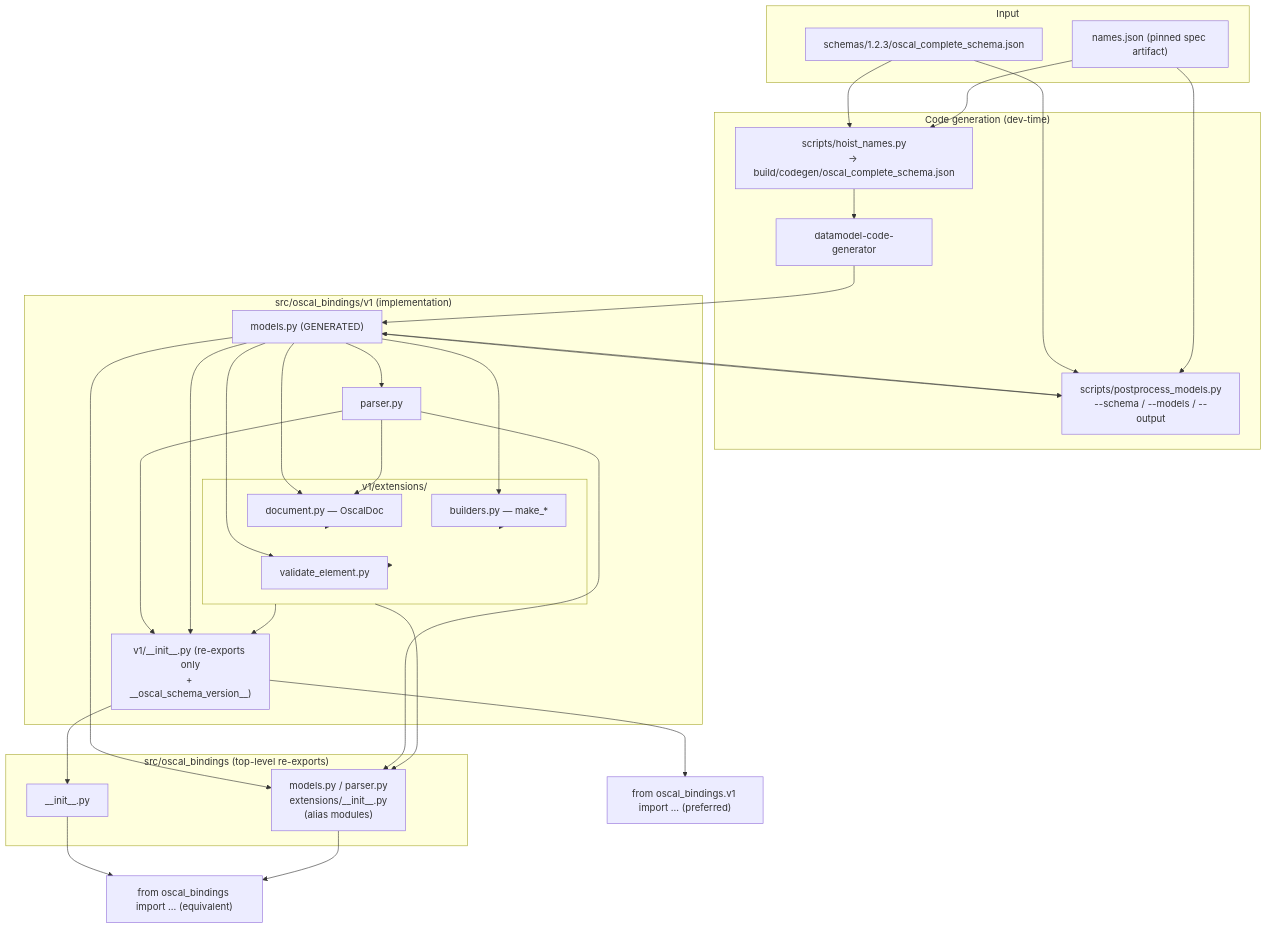
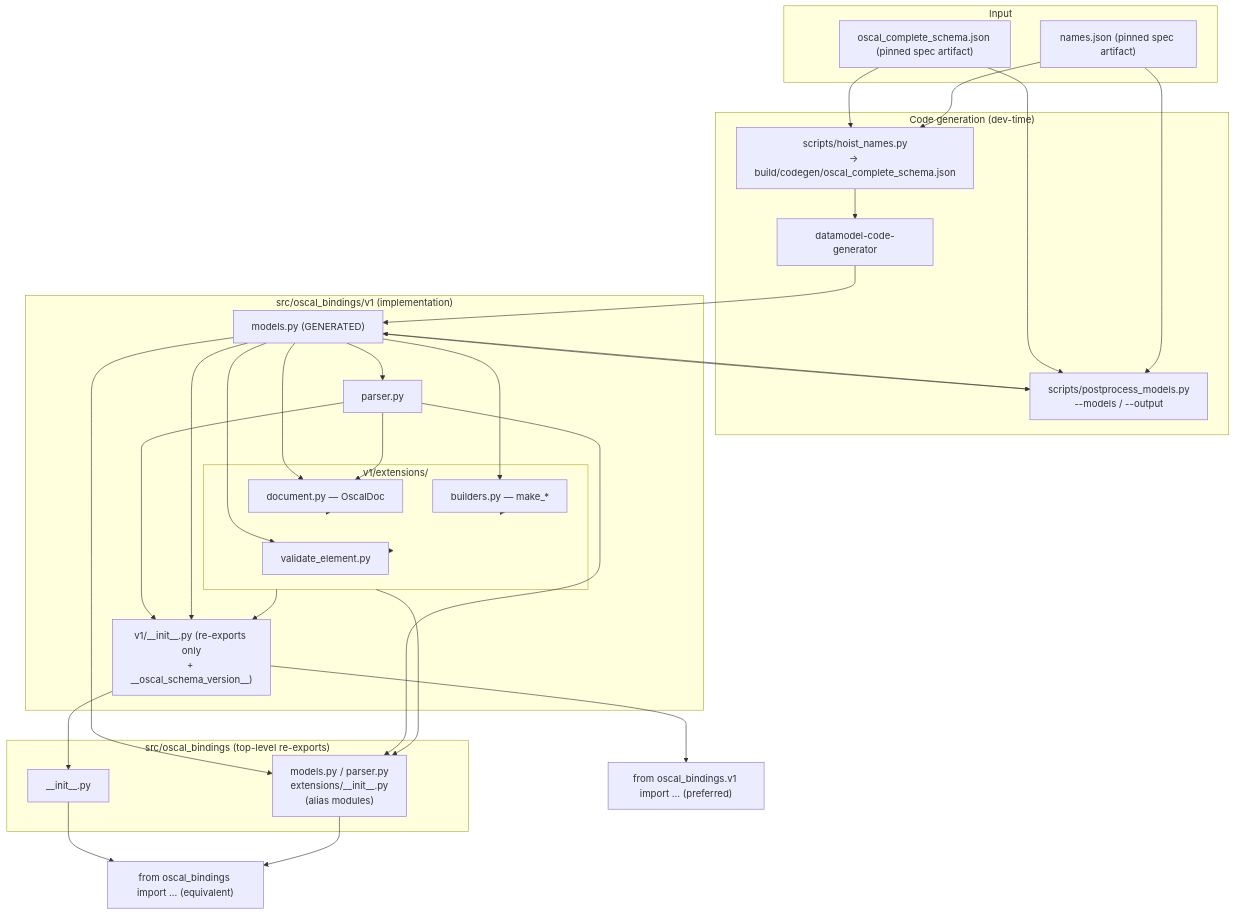
Before and after one commit to cairn-proofs/oscal-bindings-python: the diagram in .agents/summary/codebase_info.md, drawn with Mermaid. The commit also changed other lines of this file and 52 other files, not shown here.

First line of the commit message:
Generate from the pinned spec artifact; drop vendored schemas (#23)

````diff
--- a/.agents/summary/codebase_info.md
+++ b/.agents/summary/codebase_info.md
@@ -88,51 +86,51 @@
 ```mermaid
 graph TD
     subgraph Input
-        SCHEMA["schemas/1.2.3/oscal_complete_schema.json"]
+        SCHEMA["oscal_complete_schema.json (pinned spec artifact)"]
         NAMES["names.json (pinned spec artifact)"]
     end
     subgraph Codegen["Code generation (dev-time)"]
         HOIST["scripts/hoist_names.py<br/>→ build/codegen/oscal_complete_schema.json"]
         DCG["datamodel-code-generator"]
-        PP["scripts/postprocess_models.py<br/>--schema / --models / --output"]
+        PP["scripts/postprocess_models.py<br/>--models / --output"]
     end
     subgraph V1["src/oscal_bindings/v1 (implementation)"]
         MODELS["models.py (GENERATED)"]
         PARSER["parser.py"]
         INIT["v1/__init__.py (re-exports only<br/>+ __oscal_schema_version__)"]
         subgraph Ext["v1/extensions/"]
             DOC["document.py — OscalDoc"]
             BLD["builders.py — make_*"]
             VAL["validate_element.py"]
         end
     end
     subgraph Shim["src/oscal_bindings (top-level re-exports)"]
         TOP["__init__.py"]
         ALIAS["models.py / parser.py<br/>extensions/__init__.py<br/>(alias modules)"]
     end
     NEW["from oscal_bindings.v1 import ... (preferred)"]
     OLD["from oscal_bindings import ... (equivalent)"]
 
     SCHEMA --> HOIST
     NAMES --> HOIST --> DCG --> MODELS
     SCHEMA --> PP
     NAMES --> PP
     MODELS --> PP --> MODELS
     MODELS --> PARSER
     MODELS --> DOC
     MODELS --> BLD
     MODELS --> VAL
     PARSER --> DOC
     PARSER --> INIT
     DOC --> Ext
     BLD --> Ext
     VAL --> Ext
     Ext --> INIT
     MODELS --> INIT
     INIT --> NEW
     INIT --> TOP --> OLD
     MODELS --> ALIAS
     PARSER --> ALIAS
     Ext --> ALIAS
     ALIAS --> OLD
 ```
````
